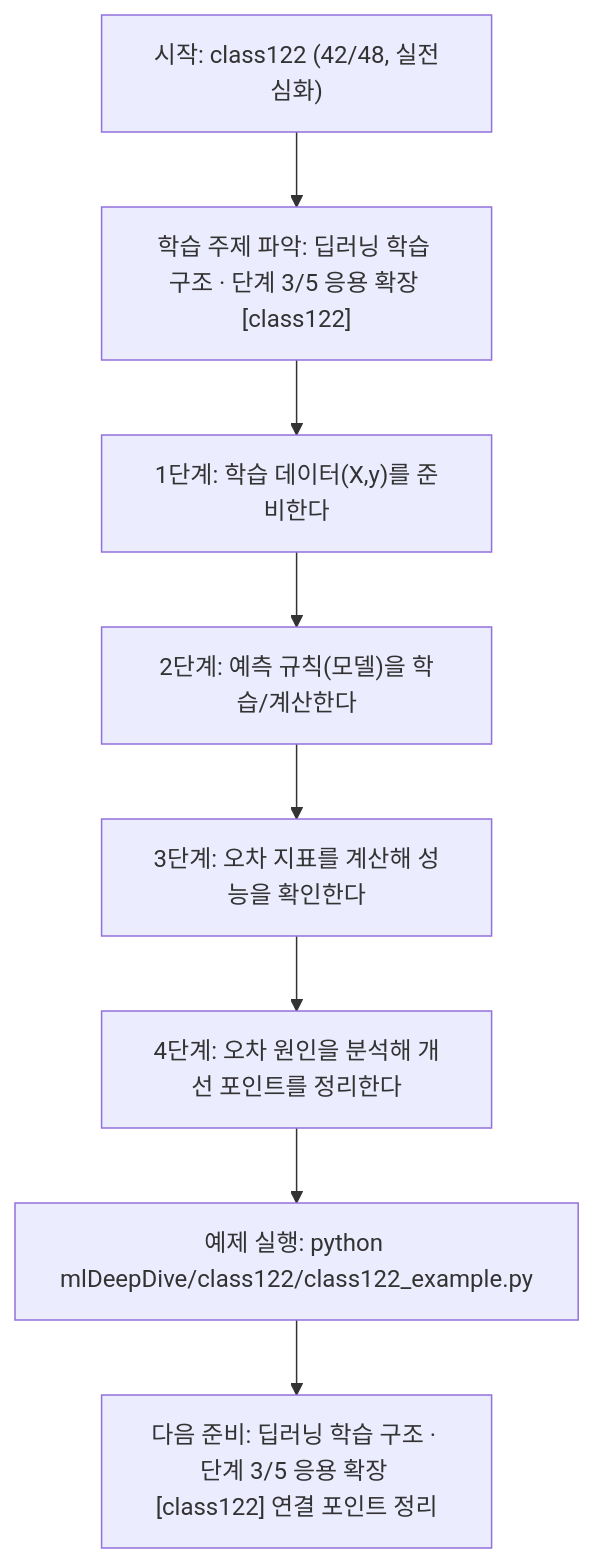
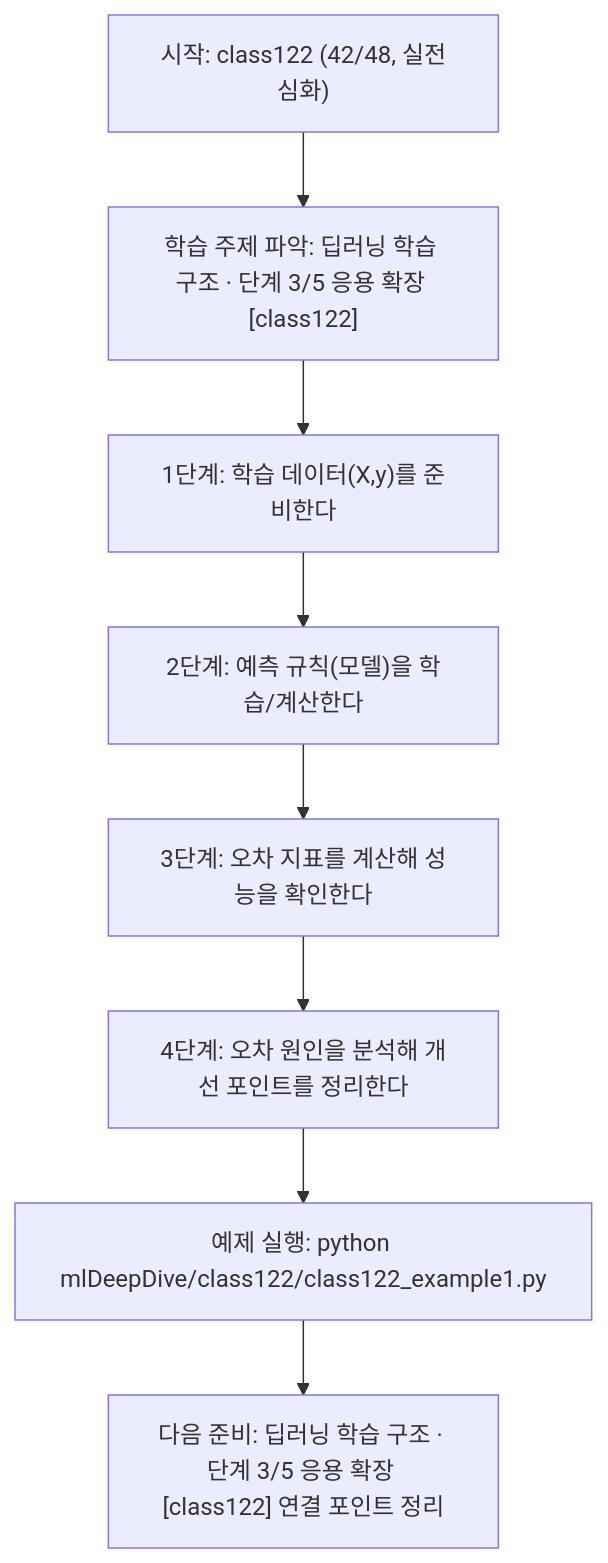
The diagram in mlDeepDive/class122/class122.md (edumgt/Python-AI_Agent-Class), drawn with Mermaid before and after one commit. The commit also changed other lines of this file and 2959 other files, not shown here.

````diff
--- a/mlDeepDive/class122/class122.md
+++ b/mlDeepDive/class122/class122.md
@@ -110,18 +110,18 @@
 ```mermaid
 flowchart TD
 N1["시작: class122 (42/48, 실전심화)"]
 N2["학습 주제 파악: 딥러닝 학습 구조 · 단계 3/5 응용 확장 [class122]"]
 N3["1단계: 학습 데이터(X,y)를 준비한다"]
 N4["2단계: 예측 규칙(모델)을 학습/계산한다"]
 N5["3단계: 오차 지표를 계산해 성능을 확인한다"]
 N6["4단계: 오차 원인을 분석해 개선 포인트를 정리한다"]
-N7["예제 실행: python mlDeepDive/class122/class122_example.py"]
+N7["예제 실행: python mlDeepDive/class122/class122_example1.py"]
 N8["다음 준비: 딥러닝 학습 구조 · 단계 3/5 응용 확장 [class122] 연결 포인트 정리"]
 N1 --> N2
 N2 --> N3
 N3 --> N4
 N4 --> N5
 N5 --> N6
 N6 --> N7
 N7 --> N8
 ```
````
